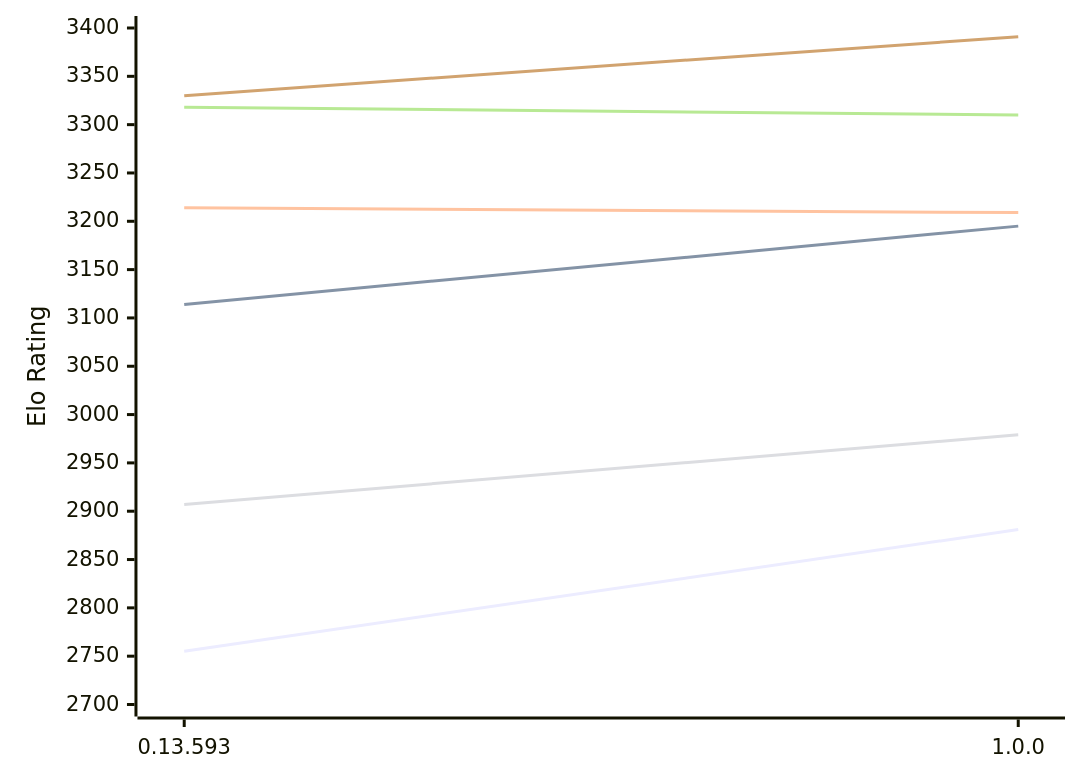
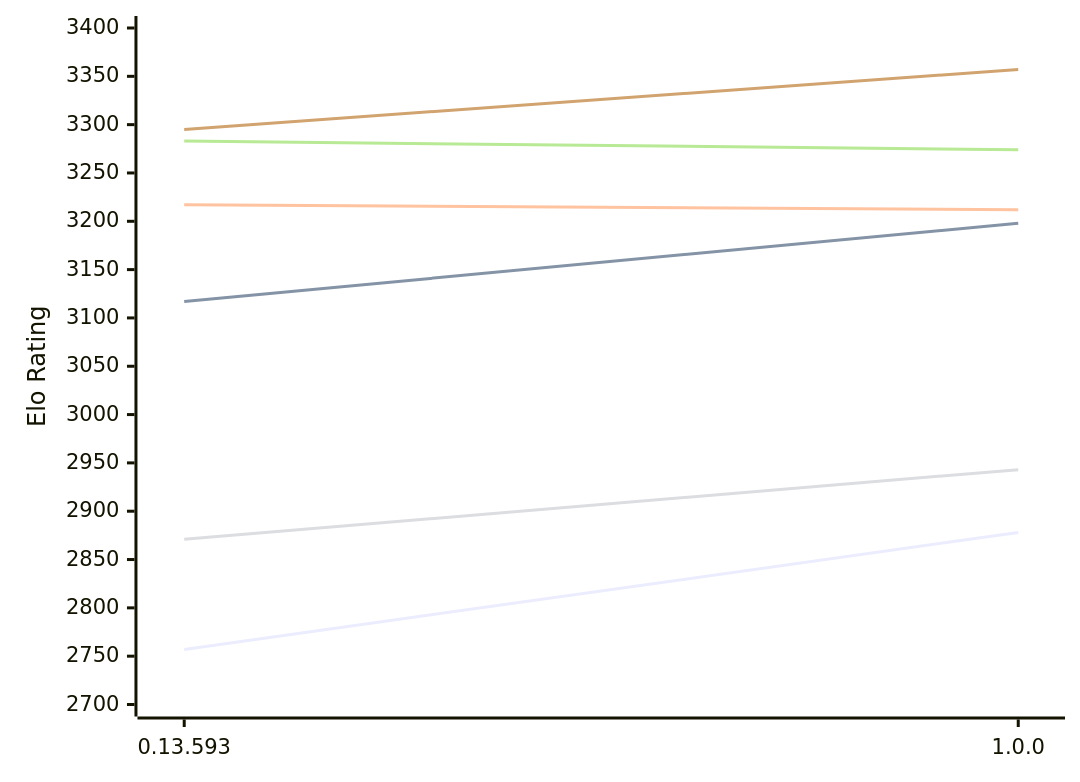
Before and after one commit to computer-chess-index/cci: the diagram in engines/Pawnstar.md, drawn with Mermaid. The commit also changed other lines of this file, not shown here.

Commit message:
Update CCI Ratings (ELO VLTC) - 2026-10-23

````diff
--- a/engines/Pawnstar.md
+++ b/engines/Pawnstar.md
@@ -49,12 +49,12 @@
 ```mermaid
 %%{init: {"theme":"base","themeVariables":{"seriesColors:['#a3a3a3','#222221','#faa371']}}}%%
 xychart-beta
   x-axis ["0.13.593", "1.0.0"]
   y-axis "Elo Rating" 2700 --> 3400
-  line "E1: STC (8.0+0.08s)" [2755, 2881]
-  line "E1: LTC (60.0+0.60s)" [3114, 3195]
-  line "E1: VLTC (2m24s+1.12s)" [3214, 3209]
-  line "P1: STC (8.0+0.08s)" [2907, 2979]
-  line "P1: LTC (60.0+0.60s)" [3318, 3310]
-  line "P1: VLTC (2m24s+1.12s)" [3330, 3391]
+  line "E1: STC (8.0+0.08s)" [2757, 2878]
+  line "E1: LTC (60.0+0.60s)" [3117, 3198]
+  line "E1: VLTC (2m24s+1.12s)" [3217, 3212]
+  line "P1: STC (8.0+0.08s)" [2871, 2943]
+  line "P1: LTC (60.0+0.60s)" [3283, 3274]
+  line "P1: VLTC (2m24s+1.12s)" [3295, 3357]
 ```
````
